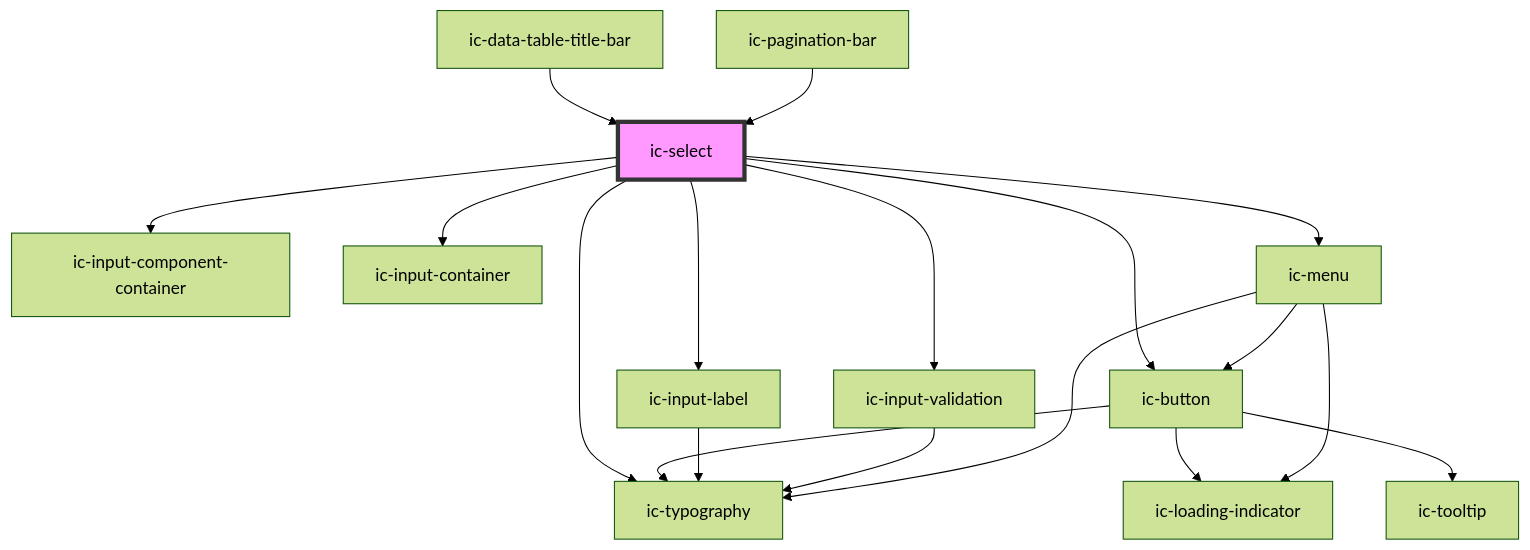
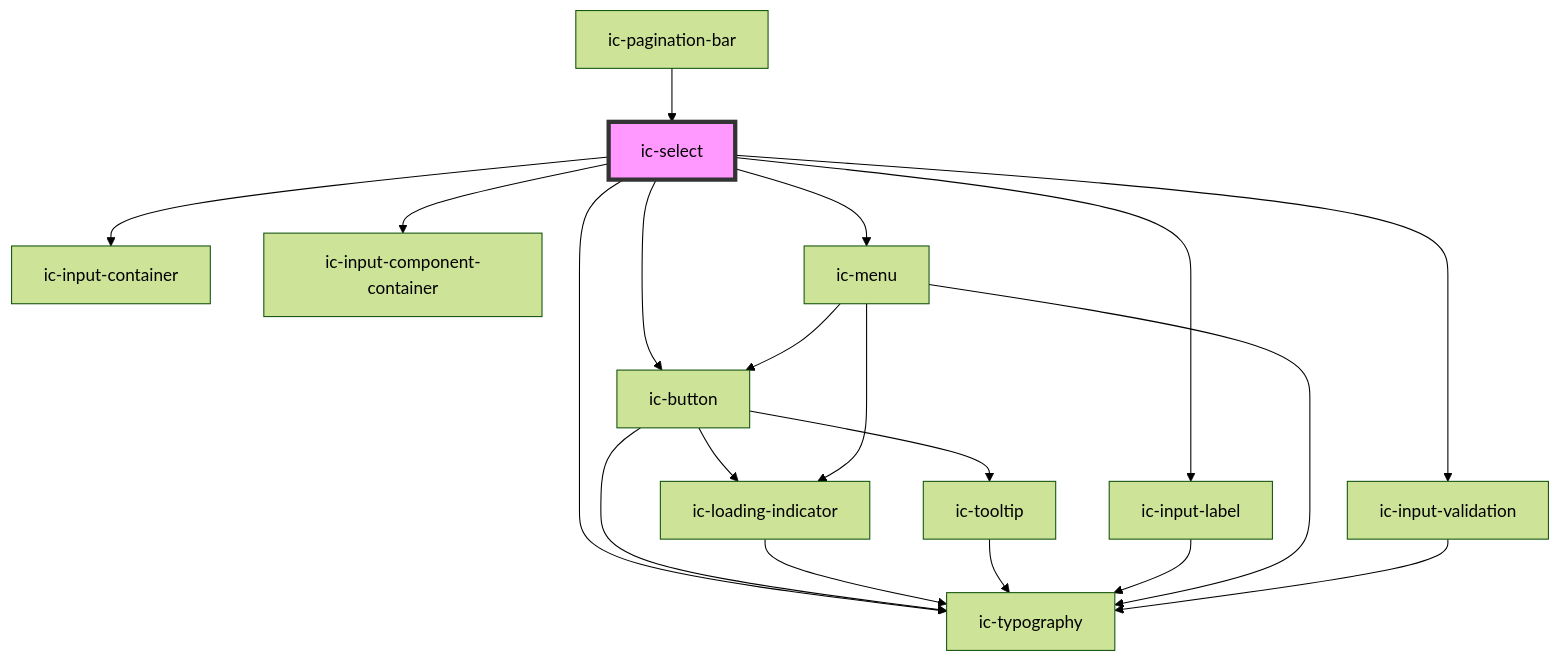
Before and after one commit to mi6/ic-ui-kit: the diagram in packages/web-components/src/components/ic-select/readme.md, drawn with Mermaid (forest theme). The commit also changed other lines of this file and 134 other files, not shown here.

````diff
--- a/packages/web-components/src/components/ic-select/readme.md
+++ b/packages/web-components/src/components/ic-select/readme.md
@@ -112,21 +109,22 @@
 ```mermaid
 graph TD;
   ic-select --> ic-button
-  ic-select --> ic-input-component-container
+  ic-select --> ic-typography
   ic-select --> ic-input-container
   ic-select --> ic-input-label
+  ic-select --> ic-input-component-container
+  ic-select --> ic-menu
   ic-select --> ic-input-validation
-  ic-select --> ic-menu
-  ic-select --> ic-typography
-  ic-data-table-title-bar --> ic-select
-  ic-pagination-bar --> ic-select
   ic-button --> ic-typography
   ic-button --> ic-loading-indicator
   ic-button --> ic-tooltip
+  ic-loading-indicator --> ic-typography
+  ic-tooltip --> ic-typography
   ic-input-label --> ic-typography
-  ic-input-validation --> ic-typography
   ic-menu --> ic-loading-indicator
   ic-menu --> ic-typography
   ic-menu --> ic-button
+  ic-input-validation --> ic-typography
+  ic-pagination-bar --> ic-select
   style ic-select fill:#f9f,stroke:#333,stroke-width:4px
 ```
````
